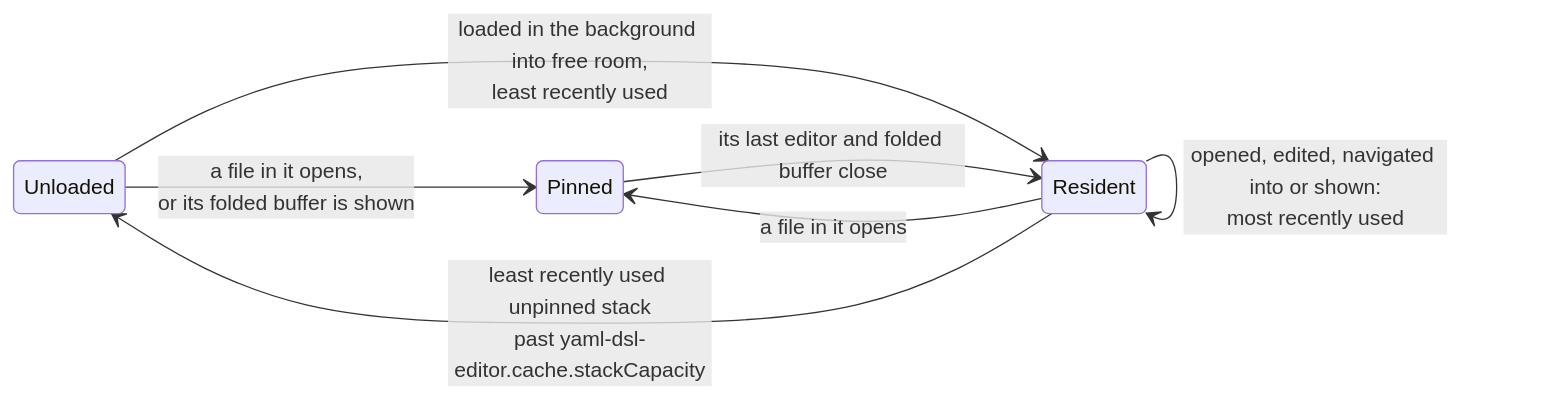
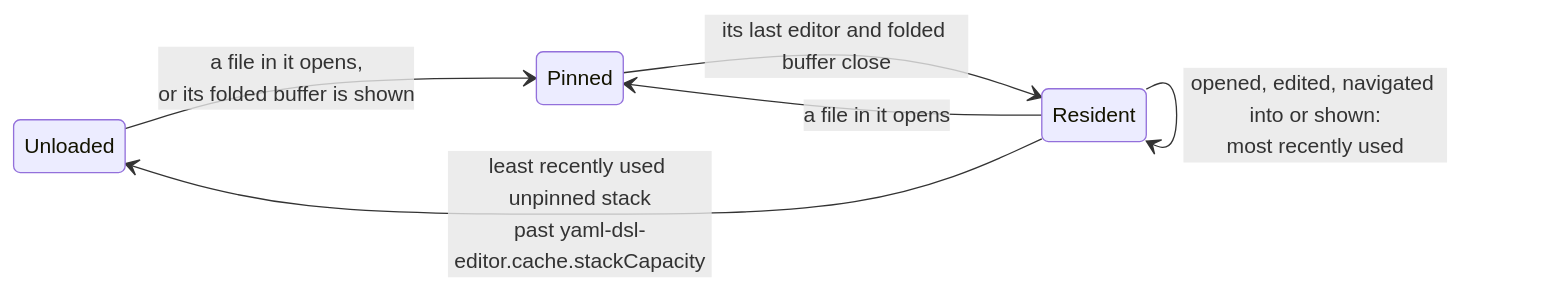
The second of 3 diagrams in docs/design.md (litebitus/vscode-yaml-dsl-editor), drawn with Mermaid before and after one commit. The commit also changed other lines of this file and 21 other files, not shown here.

````diff
--- a/docs/design.md
+++ b/docs/design.md
@@ -41,10 +42,9 @@
 ```mermaid
 stateDiagram-v2
   direction LR
   Unloaded --> Pinned: a file in it opens,<br/>or its folded buffer is shown
-  Unloaded --> Resident: loaded in the background into free room,<br/>least recently used
   Pinned --> Resident: its last editor and folded buffer close
   Resident --> Pinned: a file in it opens
   Resident --> Unloaded: least recently used unpinned stack<br/>past yaml-dsl-editor.cache.stackCapacity
   Resident --> Resident: opened, edited, navigated into or shown:<br/>most recently used
 ```
````
